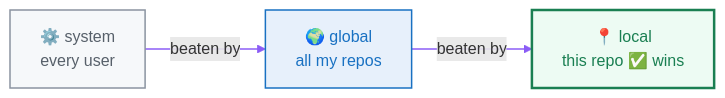
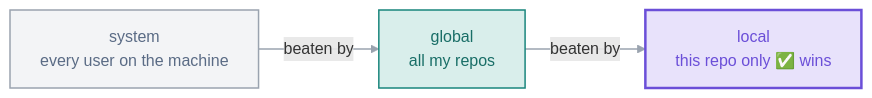
One commit to rehmanhaseeb2345-bit/Git changed the diagram in 01-what-is-git/README.md. Above: the diagram before and after it, drawn with Mermaid. The commit also changed other lines of this file and 3 other files, not shown here.

````diff
--- a/01-what-is-git/README.md
+++ b/01-what-is-git/README.md
@@ -102,8 +80,8 @@
 ```mermaid
 flowchart LR
-  S["⚙️ system<br/>every user"] -->|beaten by| G["🌍 global<br/>all my repos"] -->|beaten by| L["📍 local<br/>this repo ✅ wins"]
-  style S fill:#f6f8fa,stroke:#8a93a0,stroke-width:1.5px,color:#57606a
-  style G fill:#e7f0fb,stroke:#1971c2,stroke-width:1.5px,color:#1971c2
-  style L fill:#edfbf3,stroke:#1a7f52,stroke-width:2.5px,color:#1a7f52
-  linkStyle default stroke:#8b5cf6,stroke-width:1.5px
+  S["system<br/>every user on the machine"] -->|beaten by| G["global<br/>all my repos"] -->|beaten by| L["local<br/>this repo only ✅ wins"]
+  style S fill:#F3F4F6,stroke:#9AA3AF,stroke-width:1.5px,color:#5A6B85
+  style G fill:#D9EEEB,stroke:#19857C,stroke-width:1.5px,color:#196E67
+  style L fill:#E8E2FB,stroke:#6B4FD8,stroke-width:2.5px,color:#6B4FD8
+  linkStyle default stroke:#9AA3AF,stroke-width:1.5px
 ```
````
